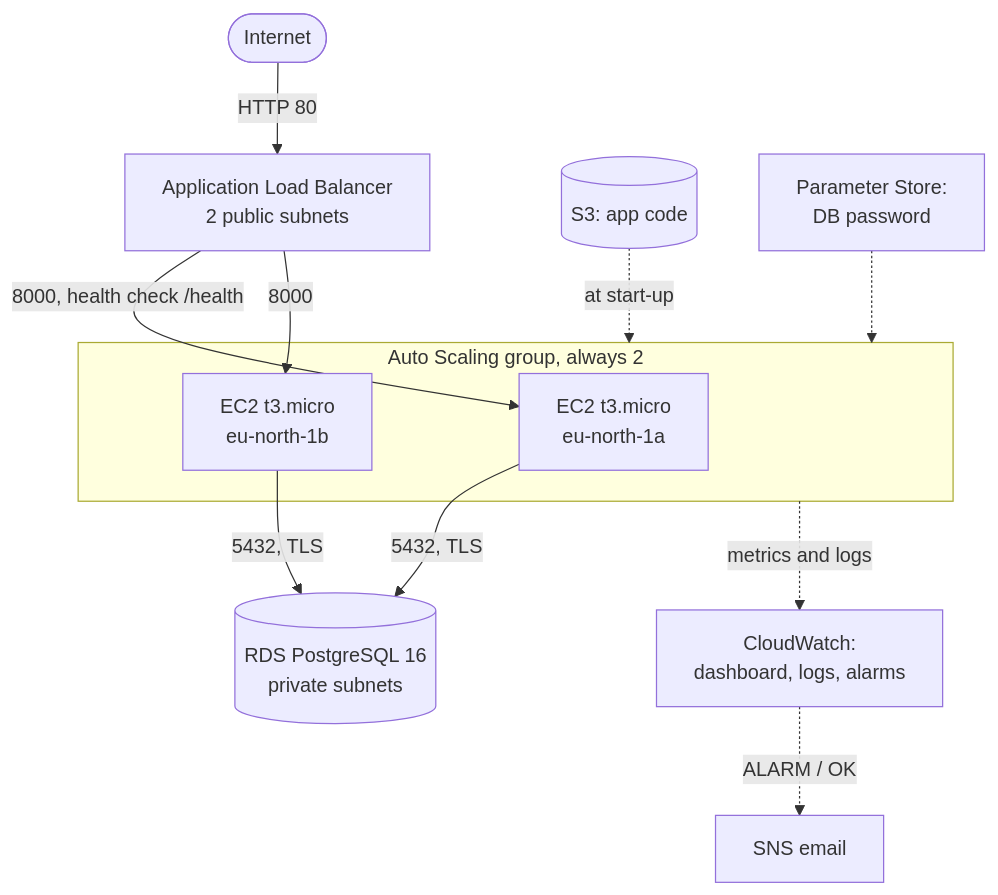
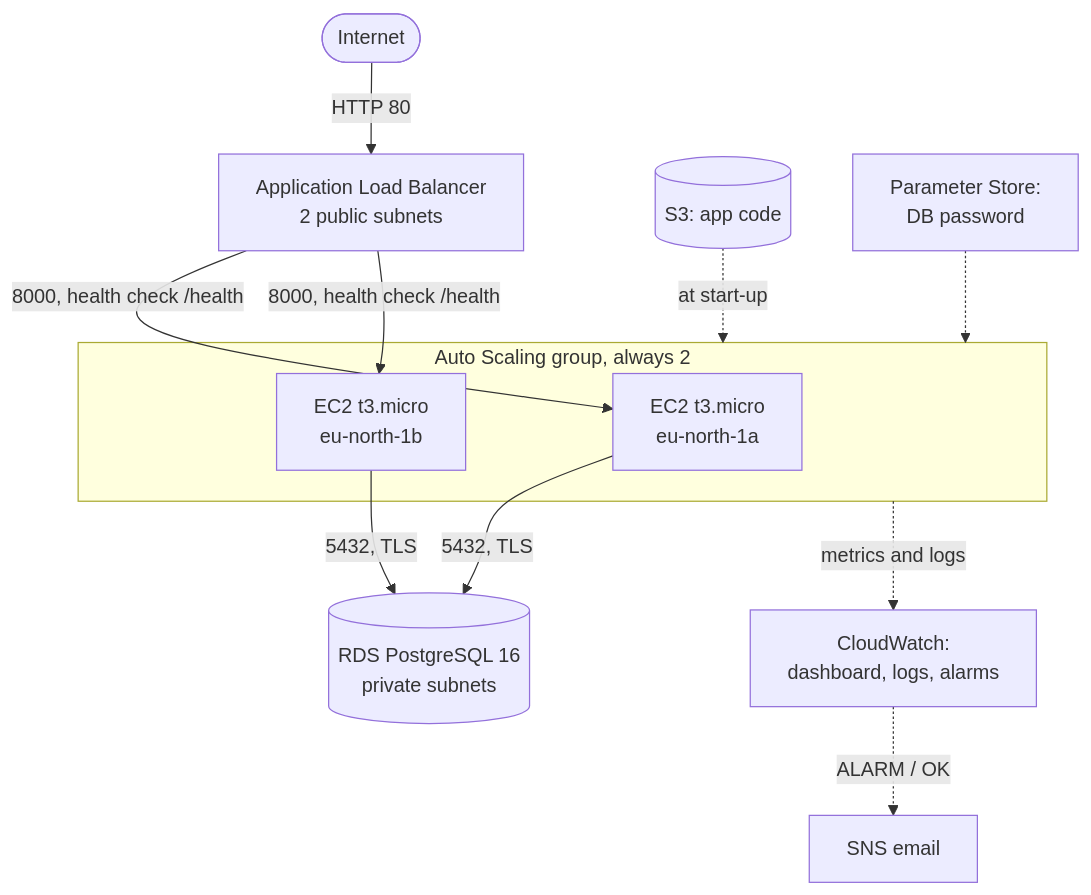
The diagram in README.md (YehonatanAbramovitch/UpwindHomeAssignment), drawn with Mermaid before and after one commit. The commit also changed other lines of this file and 1 other file, not shown here.

````diff
--- a/README.md
+++ b/README.md
@@ -100,16 +98,16 @@
 ```mermaid
 flowchart TB
     user([Internet]) -->|HTTP 80| alb[Application Load Balancer<br/>2 public subnets]
     alb -->|8000, health check /health| ec2a[EC2 t3.micro<br/>eu-north-1a]
-    alb -->|8000| ec2b[EC2 t3.micro<br/>eu-north-1b]
+    alb -->|8000, health check /health| ec2b[EC2 t3.micro<br/>eu-north-1b]
     subgraph asg [Auto Scaling group, always 2]
         ec2a
         ec2b
     end
     ec2a -->|5432, TLS| rds[(RDS PostgreSQL 16<br/>private subnets)]
     ec2b -->|5432, TLS| rds
     s3[(S3: app code)] -.->|at start-up| asg
     ssm[Parameter Store:<br/>DB password] -.-> asg
     asg -.->|metrics and logs| cw[CloudWatch:<br/>dashboard, logs, alarms]
     cw -.->|ALARM / OK| sns[SNS email]
 ```
````
